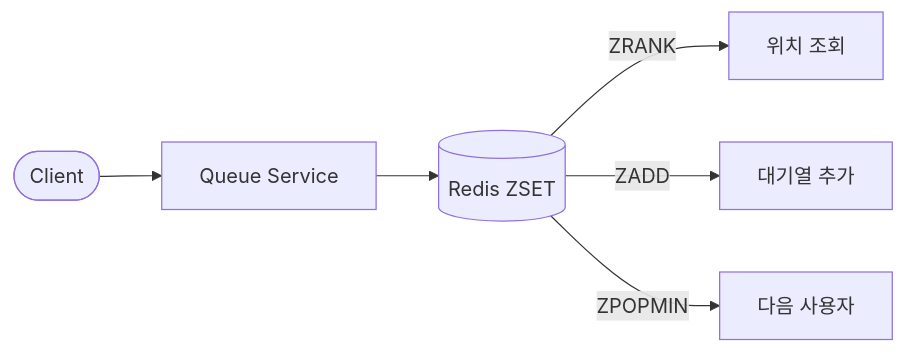
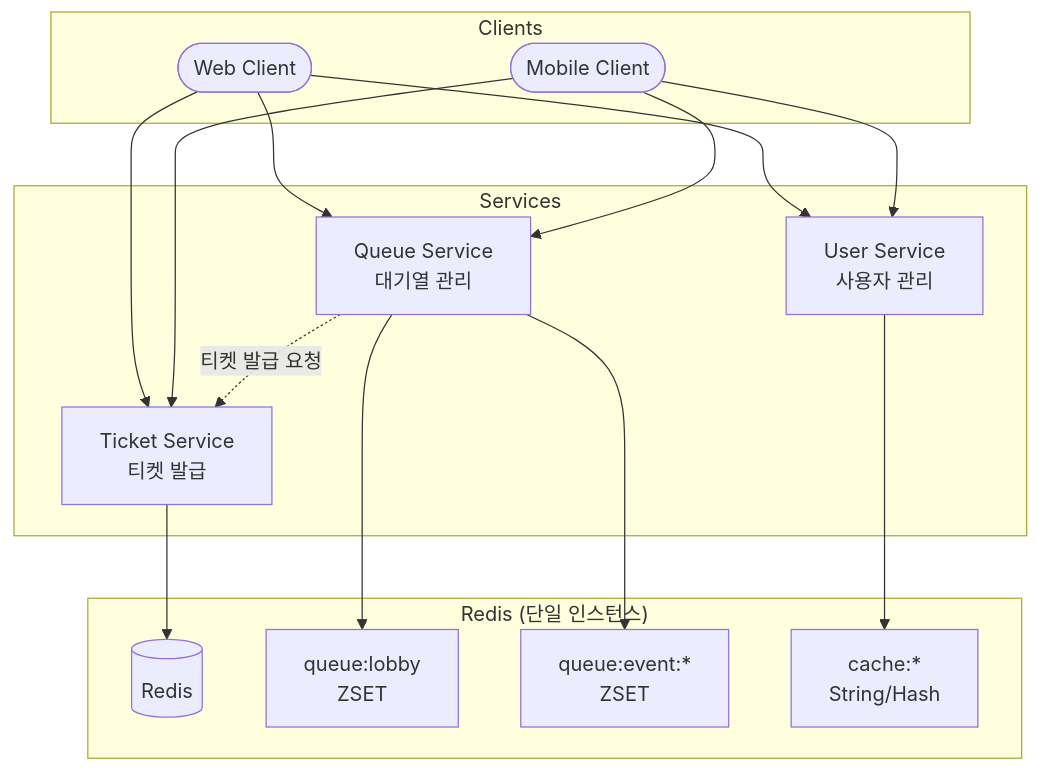
The diagram in guide/01-redis-zset.md (niceguy61/ticketing_queue_example), drawn with Mermaid before and after one commit. The commit also changed other lines of this file and 2 other files, not shown here.

Commit message:
update guide

````diff
--- a/guide/01-redis-zset.md
+++ b/guide/01-redis-zset.md
@@ -7,8 +7,30 @@
 ```mermaid
-flowchart LR
-    Client([Client]) --> QS[Queue Service]
-    QS --> Redis[(Redis ZSET)]
-    Redis --> |ZRANK| Position[위치 조회]
-    Redis --> |ZADD| Add[대기열 추가]
-    Redis --> |ZPOPMIN| Pop[다음 사용자]
+flowchart TB
+    subgraph Clients
+        C1([Web Client])
+        C2([Mobile Client])
+    end
+    
+    subgraph Services
+        QS[Queue Service<br/>대기열 관리]
+        TS[Ticket Service<br/>티켓 발급]
+        US[User Service<br/>사용자 관리]
+    end
+    
+    subgraph "Redis (단일 인스턴스)"
+        Redis[(Redis)]
+        Q1[queue:lobby<br/>ZSET]
+        Q2[queue:event:*<br/>ZSET]
+        Cache[cache:*<br/>String/Hash]
+    end
+    
+    C1 & C2 --> QS
+    C1 & C2 --> TS
+    C1 & C2 --> US
+    
+    QS --> Q1 & Q2
+    TS --> Redis
+    US --> Cache
+    
+    QS -.->|티켓 발급 요청| TS
 ```
````
